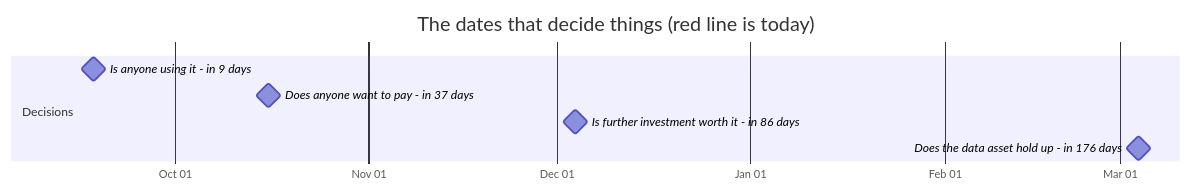
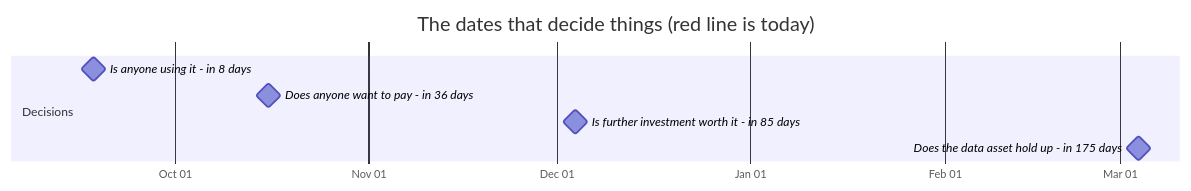
The first of 2 diagrams in docs/OWNER.md (jakegu1/vetagent), drawn with Mermaid before and after one commit. The commit also changed other lines of this file and 5 other files, not shown here.

````diff
--- a/docs/OWNER.md
+++ b/docs/OWNER.md
@@ -83,12 +83,12 @@
 ```mermaid
 gantt
     dateFormat YYYY-MM-DD
     axisFormat %b %d
     todayMarker stroke-width:3px,stroke:#d33,stroke-dasharray:0
     title The dates that decide things (red line is today)
     section Decisions
-    Is anyone using it - in 9 days :milestone, 2026-09-18, 0d
-    Does anyone want to pay - in 37 days :milestone, 2026-10-16, 0d
-    Is further investment worth it - in 86 days :milestone, 2026-12-04, 0d
-    Does the data asset hold up - in 176 days :milestone, 2027-03-04, 0d
+    Is anyone using it - in 8 days :milestone, 2026-09-18, 0d
+    Does anyone want to pay - in 36 days :milestone, 2026-10-16, 0d
+    Is further investment worth it - in 85 days :milestone, 2026-12-04, 0d
+    Does the data asset hold up - in 175 days :milestone, 2027-03-04, 0d
 ```
````
